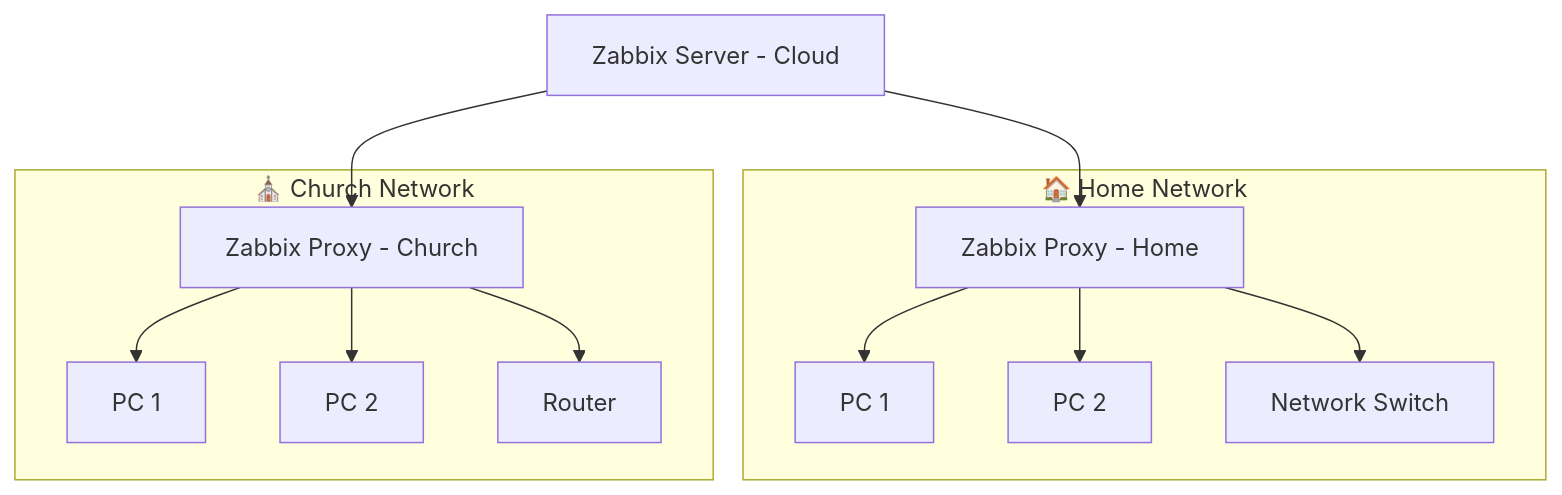
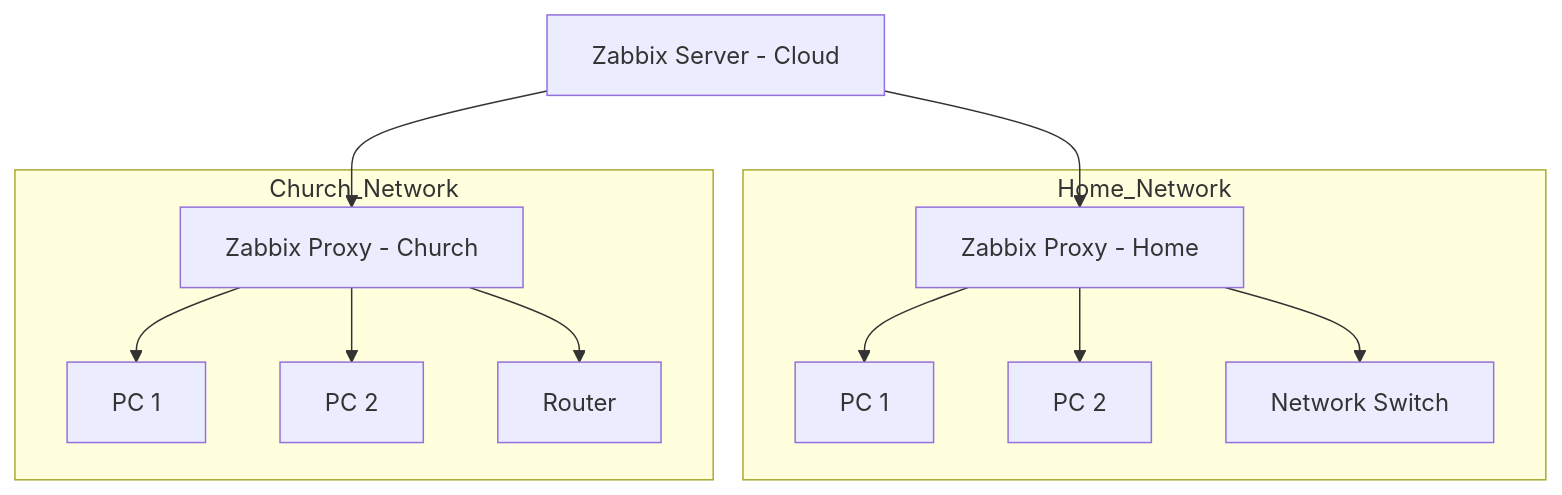
One commit to joshuacarmack/joshuacarmack.com changed the diagram in content/posts/monitorallthethings/index.md. Above: the diagram before and after it, drawn with Mermaid. The commit also changed other lines of this file, not shown here.

```diff
--- a/content/posts/monitorallthethings/index.md
+++ b/content/posts/monitorallthethings/index.md
@@ -44,26 +43,21 @@
 {{< mermaid >}}
 graph TD
-    %% Top layer
     ZabbixServer[Zabbix Server - Cloud]
-
-    %% Middle layer - Proxies
     HomeProxy[Zabbix Proxy - Home]
     ChurchProxy[Zabbix Proxy - Church]
 
     ZabbixServer --> HomeProxy
     ZabbixServer --> ChurchProxy
 
-    %% Home network
-    subgraph "🏠 Home Network"
+    subgraph Home_Network
         HomeProxy --> HomePC1[PC 1]
         HomeProxy --> HomePC2[PC 2]
         HomeProxy --> HomeSwitch[Network Switch]
     end
 
-    %% Church network
-    subgraph "⛪ Church Network"
+    subgraph Church_Network
         ChurchProxy --> ChurchPC1[PC 1]
         ChurchProxy --> ChurchPC2[PC 2]
         ChurchProxy --> ChurchRouter[Router]
     end
 {{< /mermaid >}}
```
